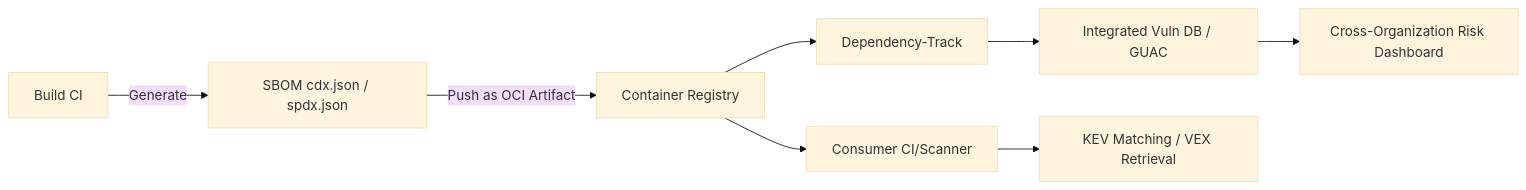
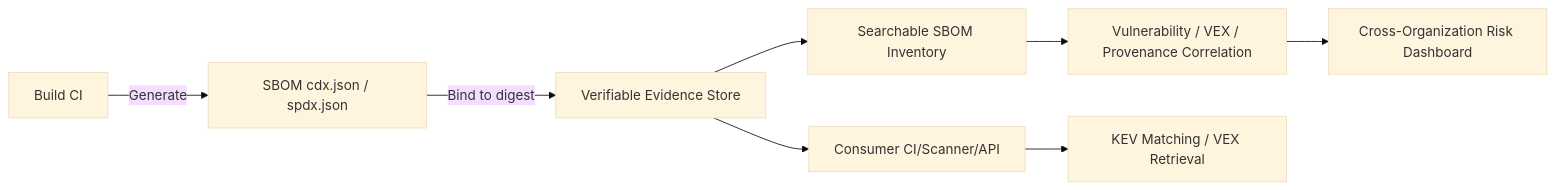
The seventh of 7 diagrams in axiarch-rules/en/universal/security/200_oss_compliance.md (hiroyuki-miyauchi/axiarch), drawn with Mermaid (base theme) before and after one commit. The commit also changed other lines of this file and 46 other files, not shown here.

````diff
--- a/axiarch-rules/en/universal/security/200_oss_compliance.md
+++ b/axiarch-rules/en/universal/security/200_oss_compliance.md
@@ -2662,10 +2744,10 @@
 ```mermaid
 flowchart LR
     A[Build CI] -->|Generate| B[SBOM cdx.json / spdx.json]
-    B -->|Push as OCI Artifact| C[Container Registry]
-    C --> D[Dependency-Track]
-    C --> E[Consumer CI/Scanner]
-    D --> F[Integrated Vuln DB / GUAC]
+    B -->|Bind to digest| C[Verifiable Evidence Store]
+    C --> D[Searchable SBOM Inventory]
+    C --> E[Consumer CI/Scanner/API]
+    D --> F[Vulnerability / VEX / Provenance Correlation]
     E --> G[KEV Matching / VEX Retrieval]
     F --> H[Cross-Organization Risk Dashboard]
 ```
````
